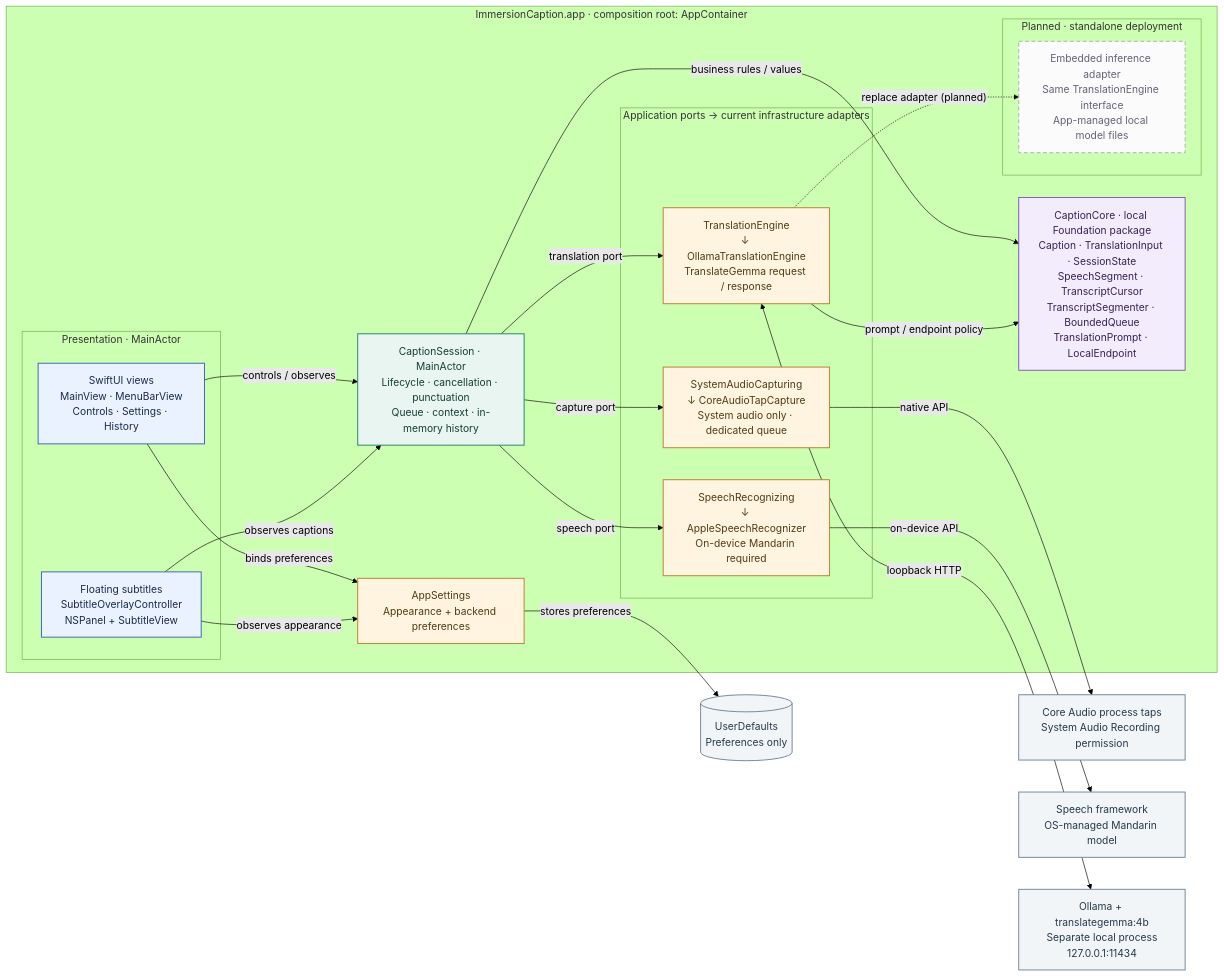
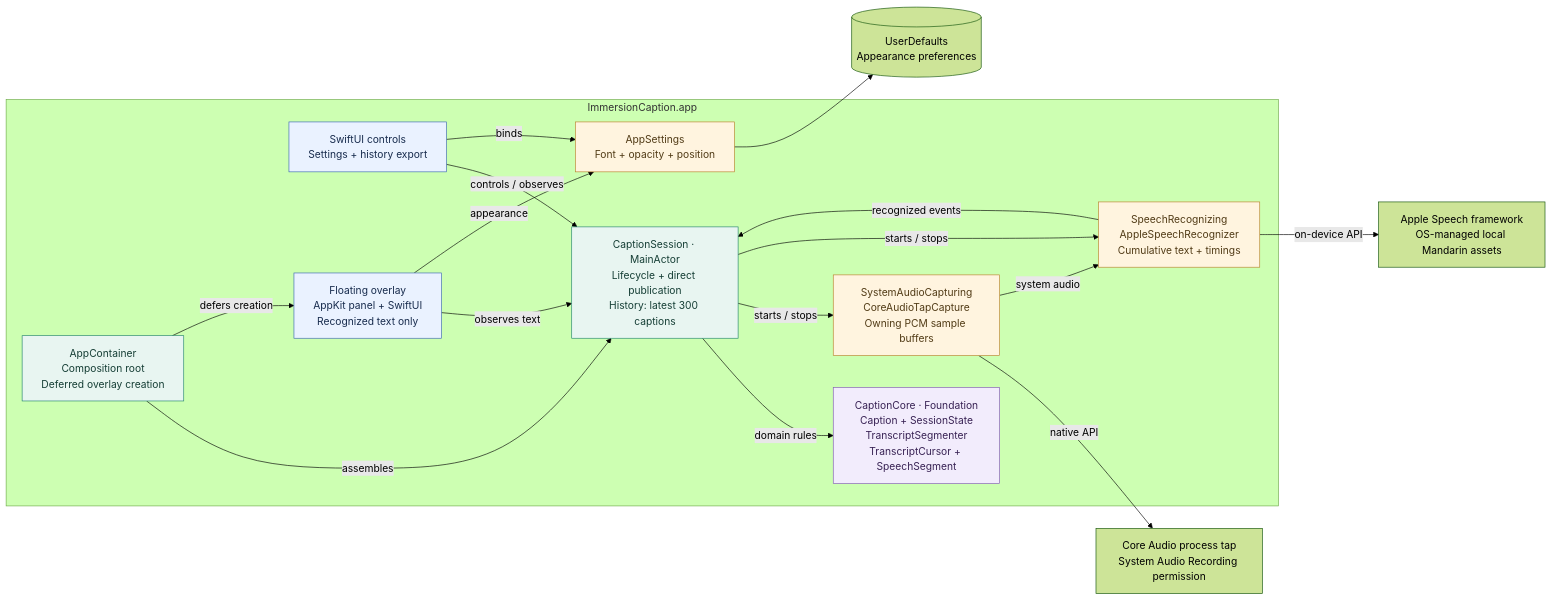
The diagram in docs/diagrams/architecture.mmd (mattt-s/ImmersionCaption), drawn with Mermaid (forest theme) before and after one commit. The commit also changed 41 other files, not shown here.

Commit message:
Remove translation and publish recognized captions directly

```diff
--- a/docs/diagrams/architecture.mmd
+++ b/docs/diagrams/architecture.mmd
@@ -1,57 +1,38 @@
 flowchart LR
-    accTitle: ImmersionCaption component architecture
-    accDescr: AppContainer assembles native presentation, a caption session, domain policies, and replaceable local providers. Current adapters connect to macOS frameworks and local Ollama. Embedded inference and direct model management are planned.
-
-    subgraph App["ImmersionCaption.app · composition root: AppContainer"]
-        subgraph Presentation["Presentation · MainActor"]
-            Views["SwiftUI views<br/>MainView · MenuBarView<br/>Controls · Settings · History"]
-            Overlay["Floating subtitles<br/>SubtitleOverlayController<br/>NSPanel + SubtitleView"]
-        end
-
-        Session["CaptionSession · MainActor<br/>Lifecycle · cancellation · punctuation<br/>Queue · context · in-memory history"]
-        Settings["AppSettings<br/>Appearance + backend preferences"]
-        Core["CaptionCore · local Foundation package<br/>Caption · TranslationInput · SessionState<br/>SpeechSegment · TranscriptCursor<br/>TranscriptSegmenter · BoundedQueue<br/>TranslationPrompt · LocalEndpoint"]
-
-        subgraph Providers["Application ports → current infrastructure adapters"]
-            Capture["SystemAudioCapturing<br/>↓ CoreAudioTapCapture<br/>System audio only · dedicated queue"]
-            Speech["SpeechRecognizing<br/>↓ AppleSpeechRecognizer<br/>On-device Mandarin required"]
-            Translation["TranslationEngine<br/>↓ OllamaTranslationEngine<br/>TranslateGemma request / response"]
-        end
-
-        subgraph Future["Planned · standalone deployment"]
-            Embedded["Embedded inference adapter<br/>Same TranslationEngine interface<br/>App-managed local model files"]
-        end
+    accTitle: ImmersionCaption caption-only architecture
+    accDescr: A caption session applies domain rules to local Apple speech results and publishes recognized text directly. Core Audio captures system audio only. No inference service or network backend is used.
+    subgraph App["ImmersionCaption.app"]
+        Container["AppContainer<br/>Composition root<br/>Deferred overlay creation"]
+        Views["SwiftUI controls<br/>Settings + history export"]
+        Overlay["Floating overlay<br/>AppKit panel + SwiftUI<br/>Recognized text only"]
+        Session["CaptionSession · MainActor<br/>Lifecycle + direct publication<br/>History: latest 300 captions"]
+        Core["CaptionCore · Foundation<br/>Caption + SessionState<br/>TranscriptSegmenter<br/>TranscriptCursor + SpeechSegment"]
+        Settings["AppSettings<br/>Font + opacity + position"]
+        Capture["SystemAudioCapturing<br/>CoreAudioTapCapture<br/>Owning PCM sample buffers"]
+        Speech["SpeechRecognizing<br/>AppleSpeechRecognizer<br/>Cumulative text + timings"]
     end
-
-    CoreAudio["Core Audio process taps<br/>System Audio Recording permission"]
-    SpeechKit["Speech framework<br/>OS-managed Mandarin model"]
-    Defaults[("UserDefaults<br/>Preferences only")]
-    Ollama["Ollama + translategemma:4b<br/>Separate local process<br/>127.0.0.1:11434"]
-
+    Audio["Core Audio process tap<br/>System Audio Recording permission"]
+    Native["Apple Speech framework<br/>OS-managed local Mandarin assets"]
+    Defaults[("UserDefaults<br/>Appearance preferences")]
+    Container -->|"assembles"| Session
+    Container -->|"defers creation"| Overlay
     Views -->|"controls / observes"| Session
-    Overlay -->|"observes captions"| Session
-    Views -->|"binds preferences"| Settings
-    Overlay -->|"observes appearance"| Settings
-    Session -->|"business rules / values"| Core
-    Session -->|"capture port"| Capture
-    Session -->|"speech port"| Speech
-    Session -->|"translation port"| Translation
-    Translation -->|"prompt / endpoint policy"| Core
-    Capture -->|"native API"| CoreAudio
-    Speech -->|"on-device API"| SpeechKit
-    Translation <-->|"loopback HTTP"| Ollama
-    Settings -->|"stores preferences"| Defaults
-    Translation -. "replace adapter (planned)" .-> Embedded
-
-    classDef presentation fill:#eaf2ff,stroke:#3b67b1,color:#172b4d,stroke-width:1.5px
-    classDef application fill:#e8f5f1,stroke:#23836d,color:#153e35,stroke-width:1.5px
-    classDef domain fill:#f2ecfc,stroke:#815bb3,color:#382254,stroke-width:1.5px
-    classDef adapter fill:#fff4df,stroke:#b9822d,color:#513b16,stroke-width:1.5px
-    classDef service fill:#f2f5f8,stroke:#73869a,color:#26384a,stroke-width:1.5px
-    classDef planned fill:#fbfbfc,stroke:#8c8c9e,color:#626275,stroke-dasharray:6 4
+    Overlay -->|"observes text"| Session
+    Views -->|"binds"| Settings
+    Overlay -->|"appearance"| Settings
+    Settings --> Defaults
+    Session -->|"domain rules"| Core
+    Session -->|"starts / stops"| Capture
+    Session -->|"starts / stops"| Speech
+    Capture -->|"native API"| Audio
+    Capture -->|"system audio"| Speech
+    Speech -->|"on-device API"| Native
+    Speech -->|"recognized events"| Session
+    classDef application fill:#e8f5f1,stroke:#23836d,color:#153e35
+    classDef presentation fill:#eaf2ff,stroke:#3b67b1,color:#172b4d
+    classDef domain fill:#f2ecfc,stroke:#815bb3,color:#382254
+    classDef adapter fill:#fff4df,stroke:#b9822d,color:#513b16
+    class Session,Container application
     class Views,Overlay presentation
-    class Session application
     class Core domain
-    class Capture,Speech,Translation,Settings adapter
-    class CoreAudio,SpeechKit,Defaults,Ollama service
-    class Embedded planned
+    class Settings,Capture,Speech adapter
```
